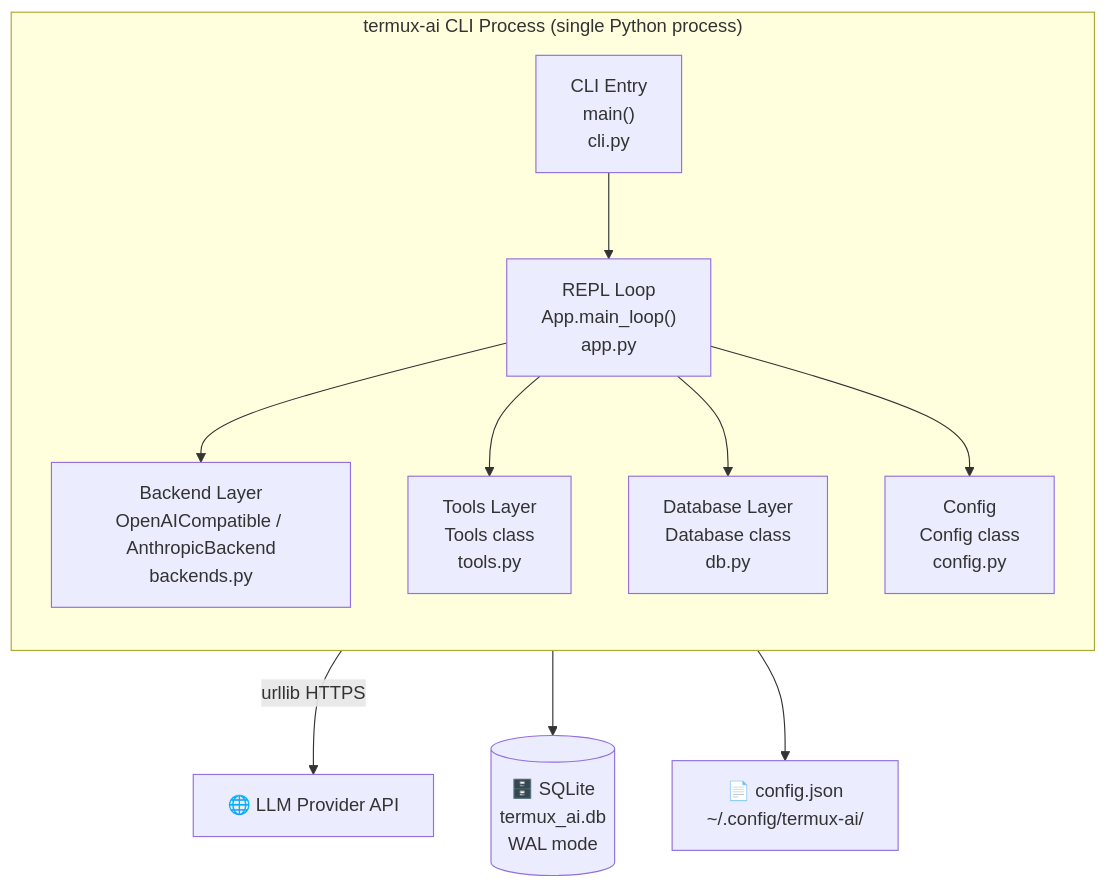
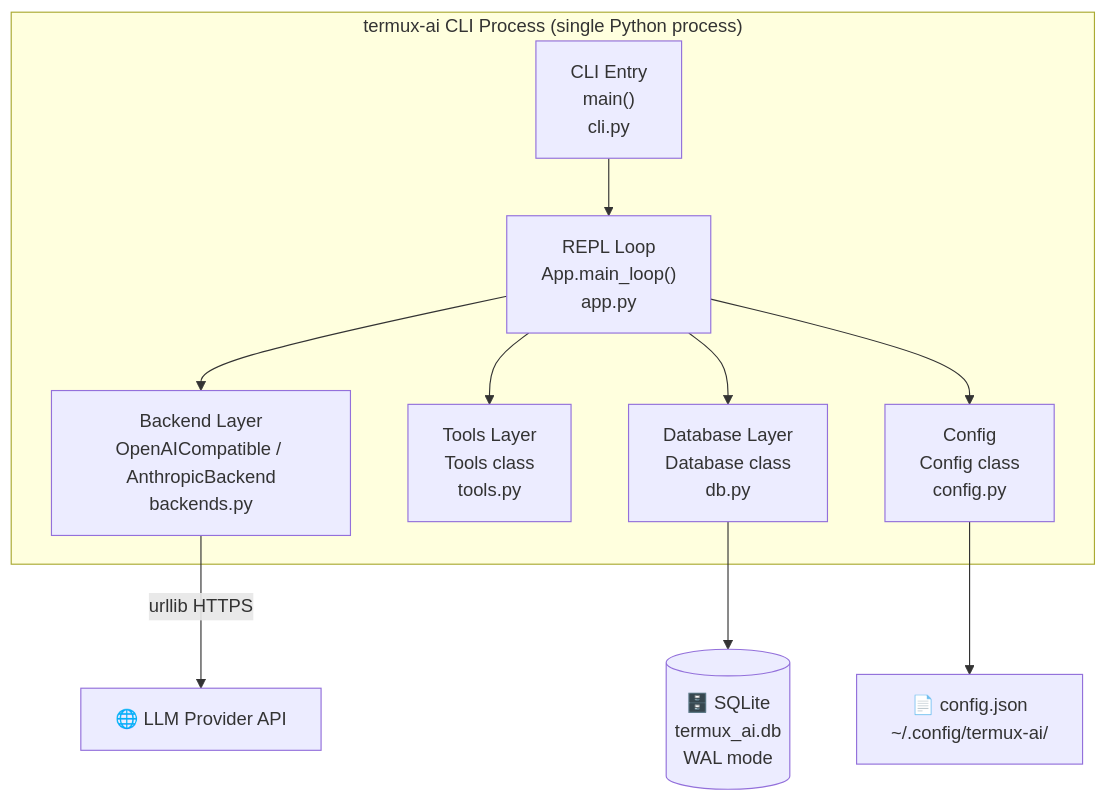
Before and after one commit to kabarbaik-xyz/termux-ai: the second of 8 diagrams in docs/03-SAD.md, drawn with Mermaid. The commit also changed other lines of this file, not shown here.

Commit message:
Fix Error Render Mermaid

````diff
--- a/docs/03-SAD.md
+++ b/docs/03-SAD.md
@@ -61,25 +61,25 @@
 ```mermaid
 flowchart TB
     subgraph CLI ["termux-ai CLI Process (single Python process)"]
-        direction TB
+
         REPL["REPL Loop<br/>App.main_loop()<br/>app.py"]
         CLI_Entry["CLI Entry<br/>main()<br/>cli.py"]
         Backend_Layer["Backend Layer<br/>OpenAICompatible / AnthropicBackend<br/>backends.py"]
         Tools_Layer["Tools Layer<br/>Tools class<br/>tools.py"]
         DB_Layer["Database Layer<br/>Database class<br/>db.py"]
         Config["Config<br/>Config class<br/>config.py"]
     end
 
     SQLite[("🗄️ SQLite<br/>termux_ai.db<br/>WAL mode")]
     ConfigFile["📄 config.json<br/>~/.config/termux-ai/"]
     LLM_Provider["🌐 LLM Provider API"]
 
     CLI_Entry --> REPL
     REPL --> Backend_Layer
     REPL --> Tools_Layer
     REPL --> DB_Layer
     REPL --> Config
     Backend_Layer -->|"urllib HTTPS"| LLM_Provider
     DB_Layer --> SQLite
     Config --> ConfigFile
 ```
````
